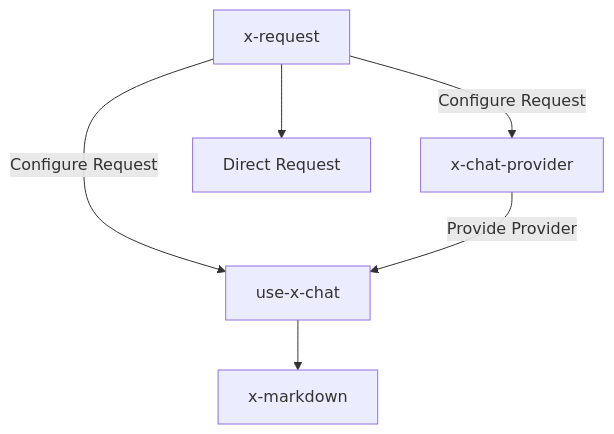
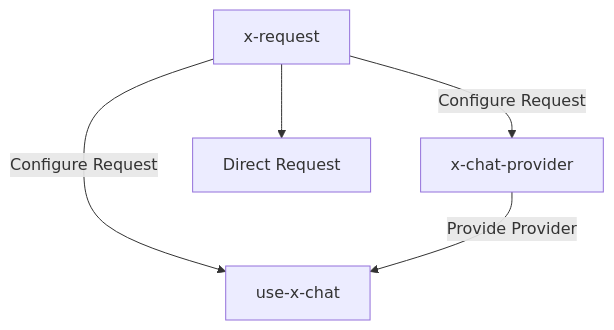
The second of 3 diagrams in packages/x-skill/skills/x-request/SKILL.md (ant-design/x), drawn with Mermaid before and after one commit. The commit also changed other lines of this file and 5 other files, not shown here.

````diff
--- a/packages/x-skill/skills/x-request/SKILL.md
+++ b/packages/x-skill/skills/x-request/SKILL.md
@@ -204,8 +204,7 @@
 ```mermaid
 graph TD
     A[x-request] -->|Configure Request| B[x-chat-provider]
     A -->|Configure Request| C[use-x-chat]
     B -->|Provide Provider| C
-    C --> D[x-markdown]
-    A --> E[Direct Request]
+    A --> D[Direct Request]
 ```
````
